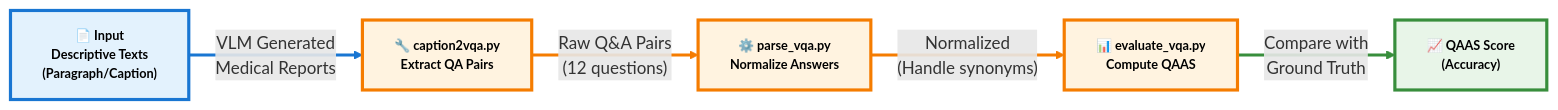
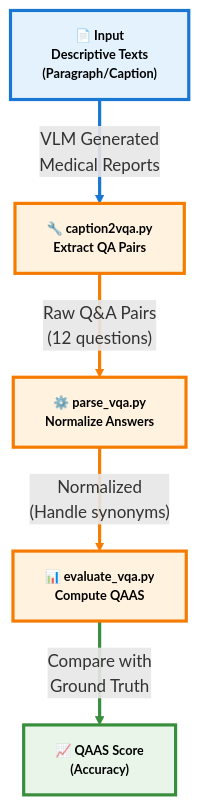
The first of 2 diagrams in README.md (bhattarailab/Hallucination-Aware-VLM), drawn with Mermaid before and after one commit. The commit also changed other lines of this file, not shown here.

Commit message:
edit mermaid

````diff
--- a/README.md
+++ b/README.md
@@ -90,26 +94,26 @@
 ```mermaid
-flowchart LR
+flowchart TD
     classDef inputStyle fill:#E3F2FD,stroke:#1976D2,stroke-width:3px,color:#000,font-weight:bold,font-size:12px
     classDef scriptStyle fill:#FFF3E0,stroke:#F57C00,stroke-width:3px,color:#000,font-weight:bold,font-size:12px
     classDef outputStyle fill:#E8F5E8,stroke:#388E3C,stroke-width:3px,color:#000,font-weight:bold,font-size:12px
 
     A["📄 Input<br/>Descriptive Texts<br/>(Paragraph/Caption)"]
     B["🔧 caption2vqa.py<br/>Extract QA Pairs"]
     C["⚙️ parse_vqa.py<br/>Normalize Answers"]
     D["📊 evaluate_vqa.py<br/>Compute QAAS"]
     E["📈 QAAS Score<br/>(Accuracy)"]
 
     class A inputStyle
     class B,C,D scriptStyle
     class E outputStyle
 
     A -->|"VLM Generated<br/>Medical Reports"| B
     B -->|"Raw Q&A Pairs<br/>(12 questions)"| C
     C -->|"Normalized<br/>(Handle synonyms)"| D
     D -->|"Compare with<br/>Ground Truth"| E
 
     linkStyle 0 stroke:#1976D2,stroke-width:3px
     linkStyle 1 stroke:#F57C00,stroke-width:3px
     linkStyle 2 stroke:#F57C00,stroke-width:3px
     linkStyle 3 stroke:#388E3C,stroke-width:3px
 ```
````
